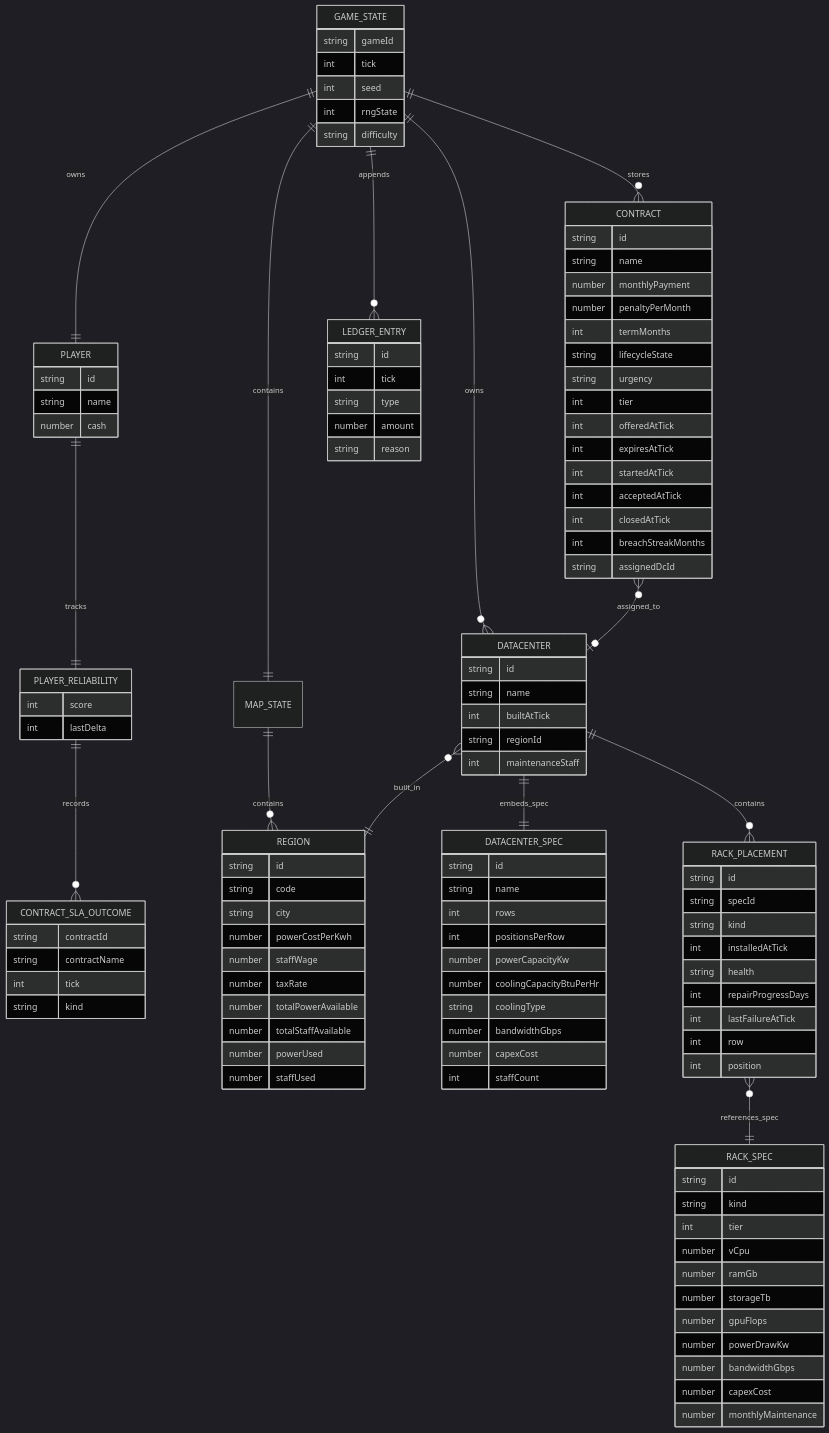
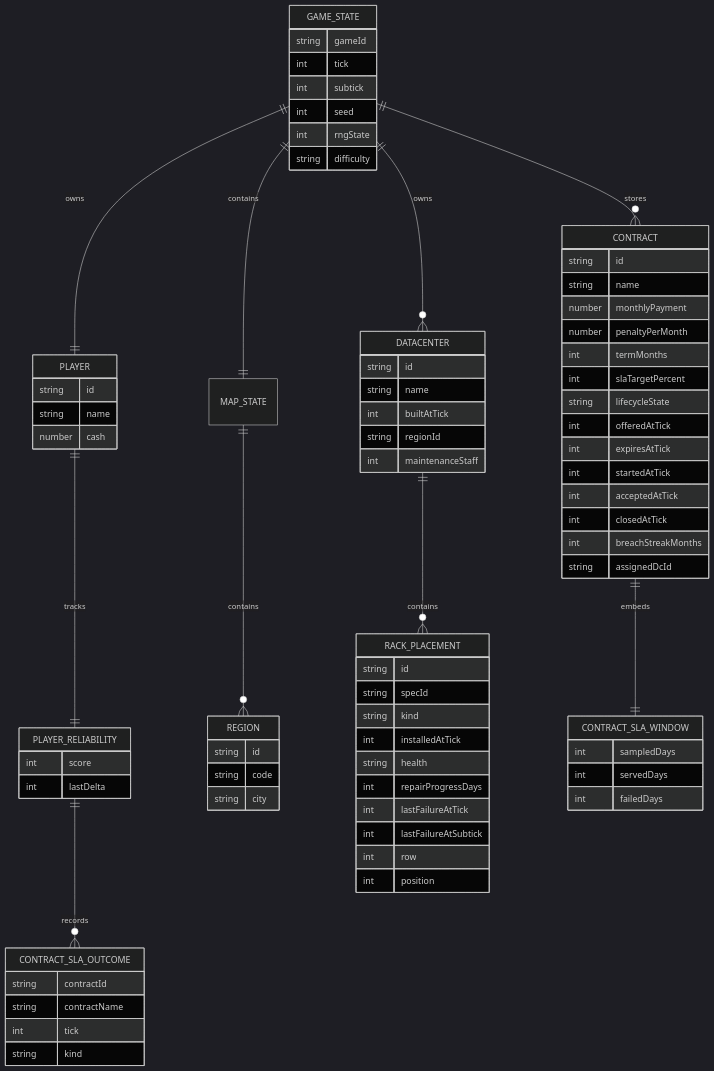
Before and after one commit to championswimmer/datacenter-tycoon: the second of 3 diagrams in packages/game-logic/docs/ARCHITECTURE.md, drawn with Mermaid (dark theme). The commit also changed other lines of this file and 5 other files, not shown here.

Commit message:
docs(game-logic): document subtick time model

````diff
--- a/packages/game-logic/docs/ARCHITECTURE.md
+++ b/packages/game-logic/docs/ARCHITECTURE.md
@@ -57,6 +86,7 @@
     GAME_STATE {
         string gameId
         int tick
+        int subtick
         int seed
         int rngState
         string difficulty
@@ -87,13 +117,6 @@
         string id
         string code
         string city
-        number powerCostPerKwh
-        number staffWage
-        number taxRate
-        number totalPowerAvailable
-        number totalStaffAvailable
-        number powerUsed
-        number staffUsed
     }
 
     DATACENTER {
@@ -104,19 +127,6 @@
         int maintenanceStaff
     }
 
-    DATACENTER_SPEC {
-        string id
-        string name
-        int rows
-        int positionsPerRow
-        number powerCapacityKw
-        number coolingCapacityBtuPerHr
-        string coolingType
-        number bandwidthGbps
-        number capexCost
-        int staffCount
-    }
-
     RACK_PLACEMENT {
         string id
         string specId
@@ -125,22 +135,15 @@
         string health
         int repairProgressDays
         int lastFailureAtTick
+        int lastFailureAtSubtick
         int row
         int position
     }
 
-    RACK_SPEC {
-        string id
-        string kind
-        int tier
-        number vCpu
-        number ramGb
-        number storageTb
-        number gpuFlops
-        number powerDrawKw
-        number bandwidthGbps
-        number capexCost
-        number monthlyMaintenance
+    CONTRACT_SLA_WINDOW {
+        int sampledDays
+        int servedDays
+        int failedDays
     }
 
     CONTRACT {
@@ -149,9 +152,8 @@
         number monthlyPayment
         number penaltyPerMonth
         int termMonths
+        int slaTargetPercent
         string lifecycleState
-        string urgency
-        int tier
         int offeredAtTick
         int expiresAtTick
         int startedAtTick
@@ -161,29 +163,13 @@
         string assignedDcId
     }
 
-    LEDGER_ENTRY {
-        string id
-        int tick
-        string type
-        number amount
-        string reason
-    }
-
     GAME_STATE ||--|| PLAYER : owns
     PLAYER ||--|| PLAYER_RELIABILITY : tracks
     PLAYER_RELIABILITY ||--o{ CONTRACT_SLA_OUTCOME : records
-
     GAME_STATE ||--|| MAP_STATE : contains
     MAP_STATE ||--o{ REGION : contains
-
     GAME_STATE ||--o{ DATACENTER : owns
-    DATACENTER ||--|| DATACENTER_SPEC : embeds_spec
     DATACENTER ||--o{ RACK_PLACEMENT : contains
-    RACK_PLACEMENT }o--|| RACK_SPEC : references_spec
-    DATACENTER }o--|| REGION : built_in
-
     GAME_STATE ||--o{ CONTRACT : stores
-    CONTRACT }o--o| DATACENTER : assigned_to
-
-    GAME_STATE ||--o{ LEDGER_ENTRY : appends
+    CONTRACT ||--|| CONTRACT_SLA_WINDOW : embeds
 ```
````
